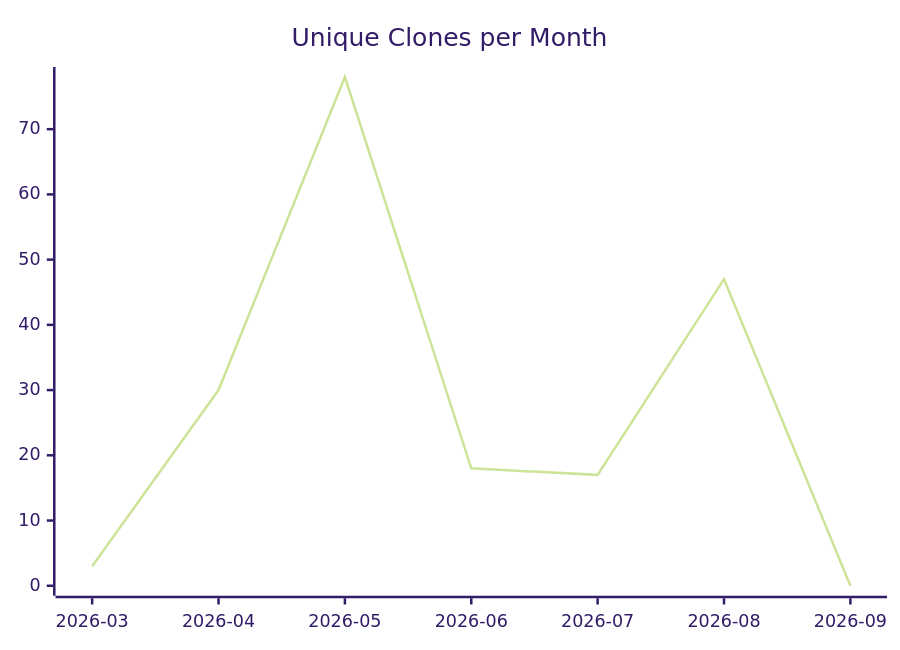
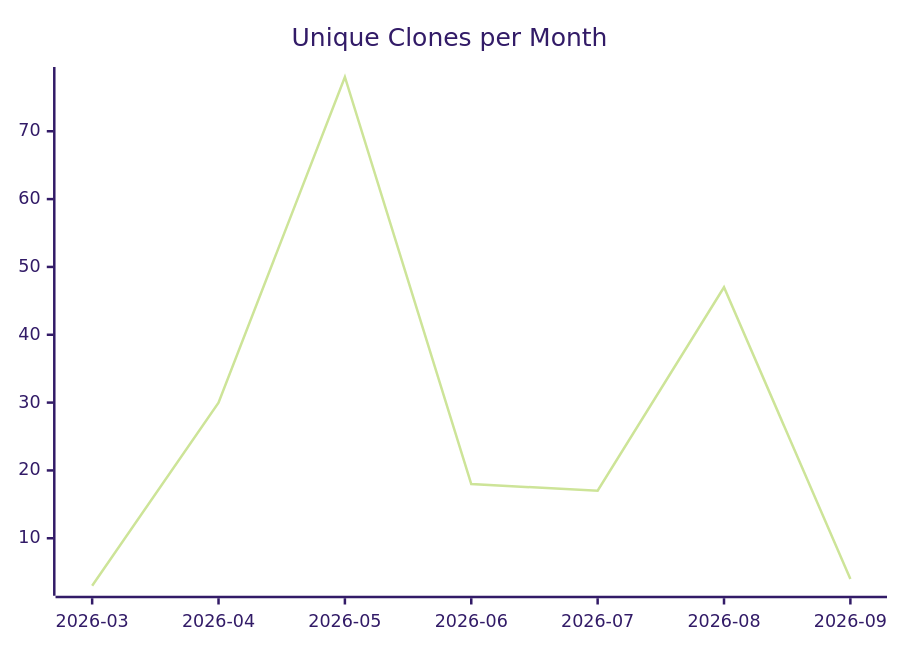
The third of 3 diagrams in karlmdavis/justdavis-ansible/README.md (justdavis-family/github-analytics-data), drawn with Mermaid (forest theme) before and after one commit. The commit also changed other lines of this file and 191 other files, not shown here.

````diff
--- a/karlmdavis/justdavis-ansible/README.md
+++ b/karlmdavis/justdavis-ansible/README.md
@@ -19,6 +19,6 @@
 ```mermaid
 xychart-beta
   title "Unique Clones per Month"
   x-axis ["2026-03", "2026-04", "2026-05", "2026-06", "2026-07", "2026-08", "2026-09"]
-  line [3, 30, 78, 18, 17, 47, 0]
+  line [3, 30, 78, 18, 17, 47, 4]
 ```
````
